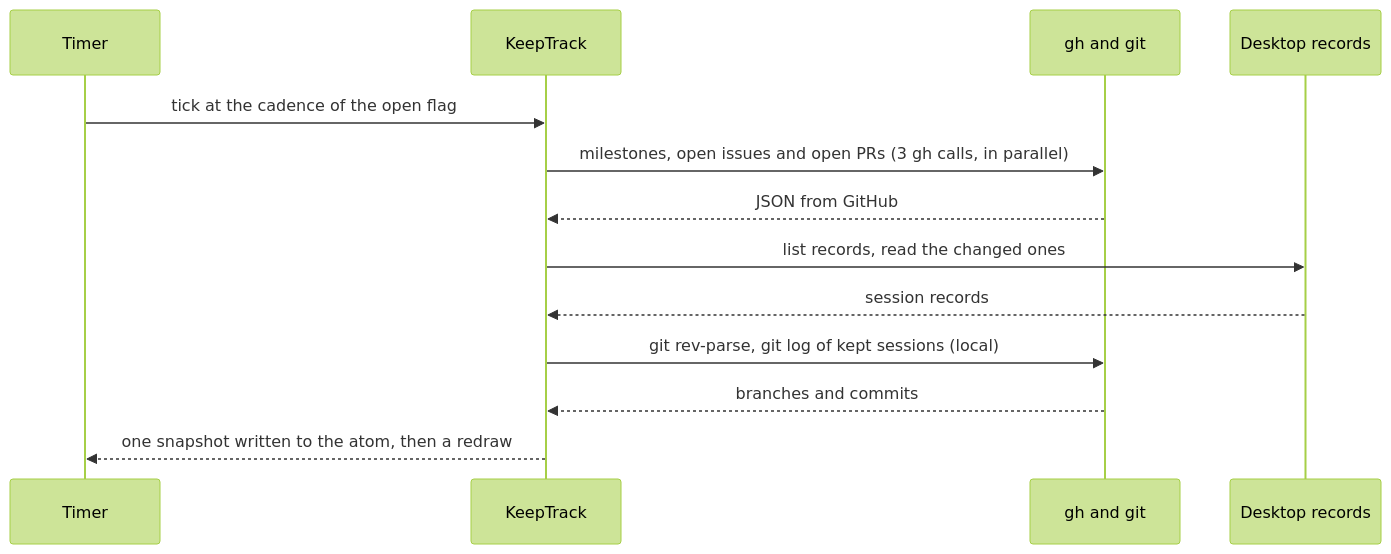
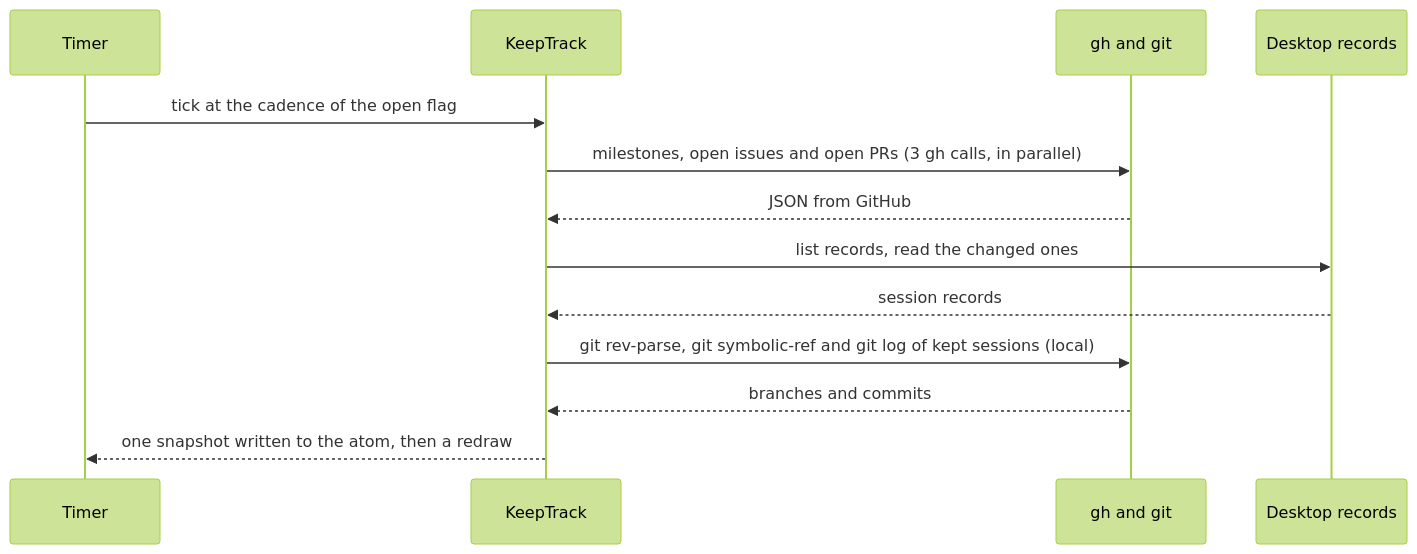
Before and after one commit to KeepGlide/keepaway-repo: the second of 2 diagrams in README.md, drawn with Mermaid (forest theme). The commit also changed other lines of this file and 2 other files, not shown here.

````diff
--- a/README.md
+++ b/README.md
@@ -92,15 +104,15 @@
 ```mermaid
 sequenceDiagram
     participant T as Timer
     participant K as KeepTrack
     participant G as gh and git
     participant D as Desktop records
     T->>K: tick at the cadence of the open flag
     K->>G: milestones, open issues and open PRs (3 gh calls, in parallel)
     G-->>K: JSON from GitHub
     K->>D: list records, read the changed ones
     D-->>K: session records
-    K->>G: git rev-parse, git log of kept sessions (local)
+    K->>G: git rev-parse, git symbolic-ref and git log of kept sessions (local)
     G-->>K: branches and commits
     K-->>T: one snapshot written to the atom, then a redraw
 ```
````
